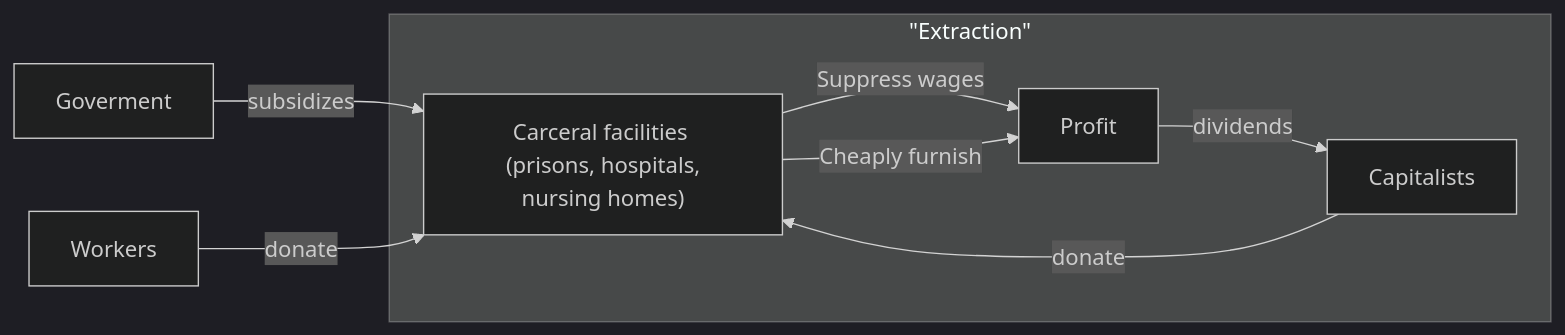
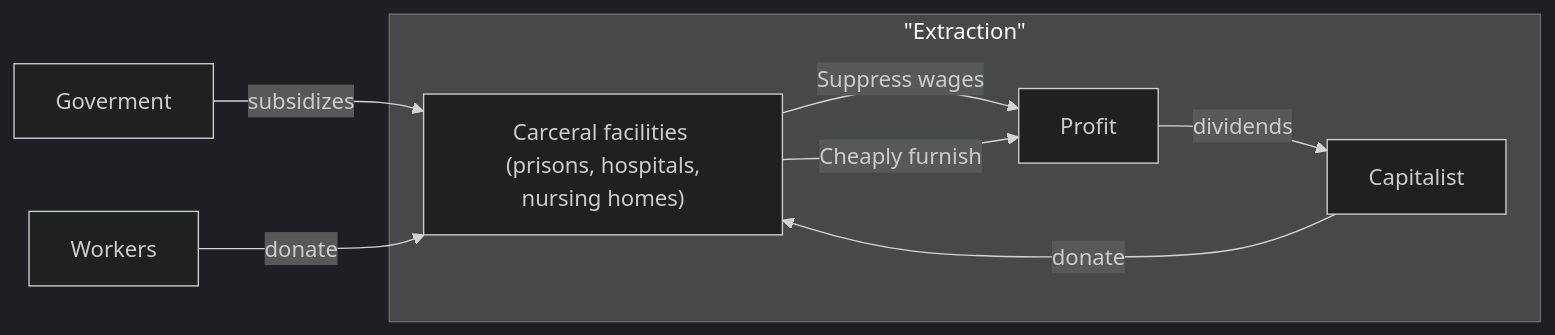
One commit to renters-union-nashville/health changed the second of 4 diagrams in PITCHME.md. Above: the diagram before and after it, drawn with Mermaid. The commit also changed other lines of this file, not shown here.

````diff
--- a/PITCHME.md
+++ b/PITCHME.md
@@ -186,12 +186,12 @@
 ```mermaid[extraction process]
 %%{init: {'theme': 'dark'} }%%
 flowchart LR
     A[Goverment] -- subsidizes --> D["Carceral facilities <br> (prisons, hospitals, nursing homes)"]
     C[Workers] -- donate --> D
     subgraph "#quot;Extraction#quot;"
-    B[Capitalists] --  donate --> D
+    B[Capitalist] --  donate --> D
     D -- Suppress wages --> E[Profit]
     D -- Cheaply furnish --> E
     E -- dividends --> B
     end
 ```
````
